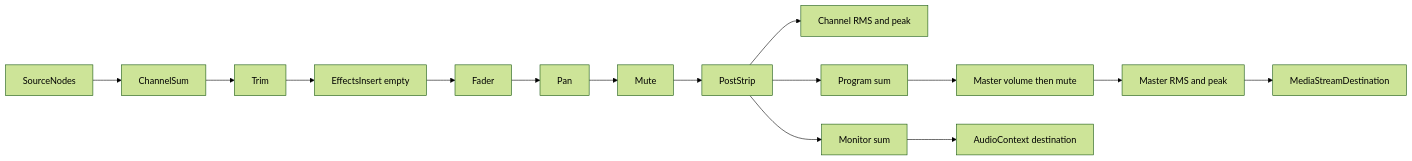
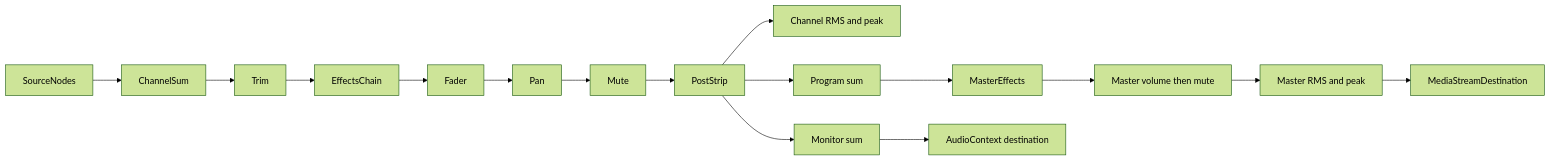
Before and after one commit to Moonbase-Systems/moonbase-studio-web: the diagram in .ai/docs/architecture/audio-engine.md, drawn with Mermaid (forest theme). The commit also changed other lines of this file and 1 other file, not shown here.

First line of the commit message:
docs(studio): describe effects, presets, and devices

````diff
--- a/.ai/docs/architecture/audio-engine.md
+++ b/.ai/docs/architecture/audio-engine.md
@@ -17,17 +19,18 @@
 ```mermaid
 flowchart LR
   sources[SourceNodes] --> sum[ChannelSum]
   sum --> trim[Trim]
-  trim --> insert[EffectsInsert empty]
-  insert --> fader[Fader]
+  trim --> chain[EffectsChain]
+  chain --> fader[Fader]
   fader --> pan[Pan]
   pan --> mute[Mute]
   mute --> post[PostStrip]
   post --> channelMeter[Channel RMS and peak]
   post --> program[Program sum]
   post --> monitor[Monitor sum]
-  program --> master[Master volume then mute]
+  program --> masterFx[MasterEffects]
+  masterFx --> master[Master volume then mute]
   master --> masterMeter[Master RMS and peak]
   masterMeter --> stream[MediaStreamDestination]
   monitor --> speakers[AudioContext destination]
 ```
````
